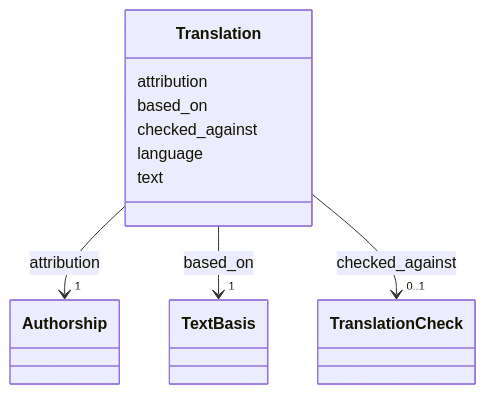
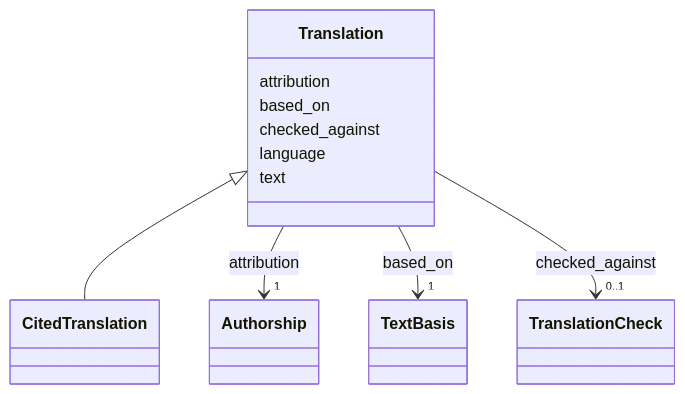
Before and after one commit to dsmedia/pruzhany-schema: the diagram in linkml/generated/docs/mentions/Translation.md, drawn with Mermaid. The commit also changed other lines of this file and 581 other files, not shown here.

````diff
--- a/linkml/generated/docs/mentions/Translation.md
+++ b/linkml/generated/docs/mentions/Translation.md
@@ -23,43 +23,46 @@
 ```mermaid
  classDiagram
     class Translation
     click Translation href "../Translation/"
+      Translation <|-- CitedTranslation
+        click CitedTranslation href "../CitedTranslation/"
+      
       Translation : attribution
         
           
     
         
         
         Translation --> "1" Authorship : attribution
         click Authorship href "../Authorship/"
     
 
         
       Translation : based_on
         
           
     
         
         
         Translation --> "1" TextBasis : based_on
         click TextBasis href "../TextBasis/"
     
 
         
       Translation : checked_against
         
           
     
         
         
         Translation --> "0..1" TranslationCheck : checked_against
         click TranslationCheck href "../TranslationCheck/"
     
 
         
       Translation : language
         
       Translation : text
         
       
 ```
````
